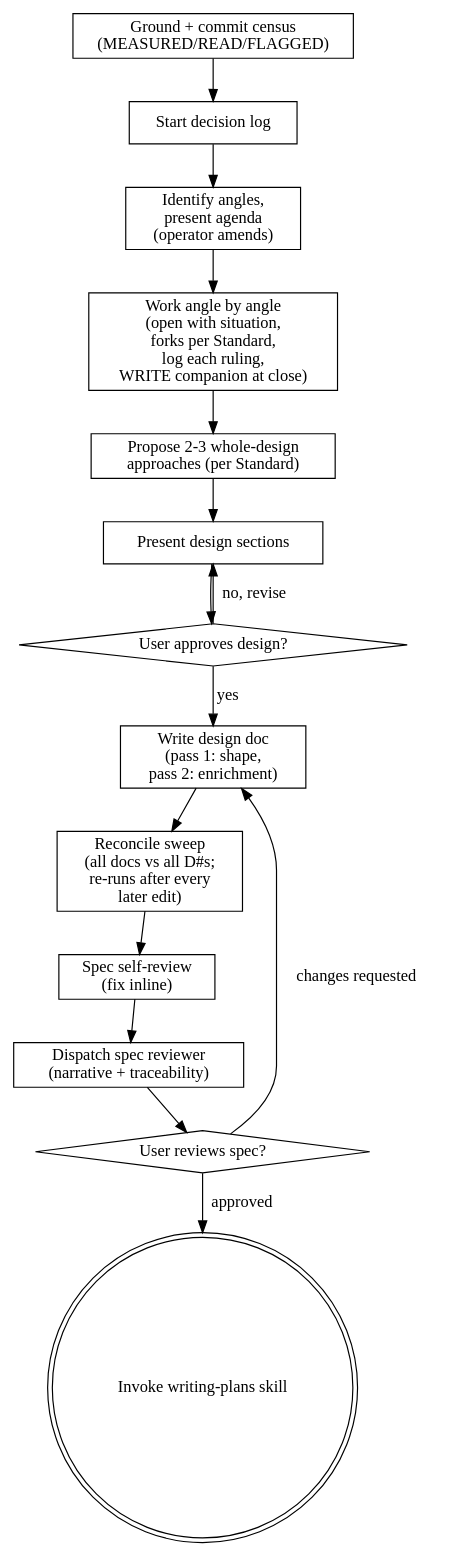
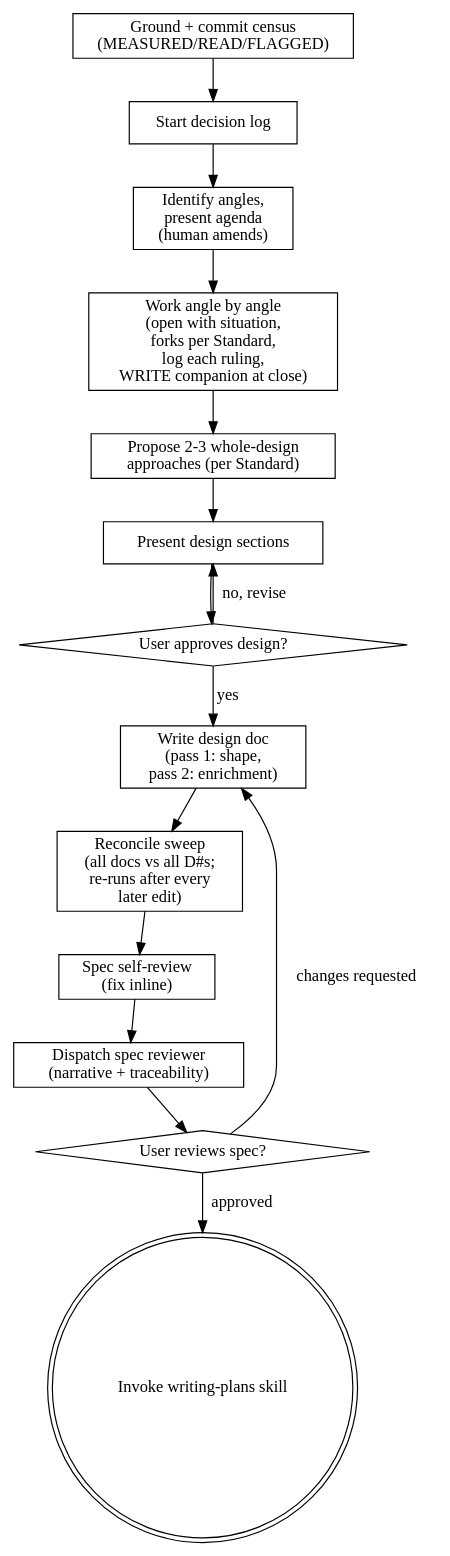
One commit to TadasValaitiz/superdev changed the diagram in skills/brainstorming/SKILL.md. Above: the diagram before and after it, drawn with Graphviz. The commit also changed other lines of this file and 30 other files, not shown here.

Commit message:
skills: align vocabulary with orchestrator/taxonomy.md (HIL-NEEDED, ROOM SESSION, role, SWEEP, RESIDUALS FILE, human vs operator, gates in capitals)

````diff
--- a/skills/brainstorming/SKILL.md
+++ b/skills/brainstorming/SKILL.md
@@ -145,32 +145,32 @@
 ```dot
 digraph brainstorming {
     "Ground + commit census\n(MEASURED/READ/FLAGGED)" [shape=box];
     "Start decision log" [shape=box];
-    "Identify angles,\npresent agenda\n(operator amends)" [shape=box];
+    "Identify angles,\npresent agenda\n(human amends)" [shape=box];
     "Work angle by angle\n(open with situation,\nforks per Standard,\nlog each ruling,\nWRITE companion at close)" [shape=box];
     "Propose 2-3 whole-design\napproaches (per Standard)" [shape=box];
     "Present design sections" [shape=box];
     "User approves design?" [shape=diamond];
     "Write design doc\n(pass 1: shape,\npass 2: enrichment)" [shape=box];
     "Reconcile sweep\n(all docs vs all D#s;\nre-runs after every\nlater edit)" [shape=box];
     "Spec self-review\n(fix inline)" [shape=box];
     "Dispatch spec reviewer\n(narrative + traceability)" [shape=box];
     "User reviews spec?" [shape=diamond];
     "Invoke writing-plans skill" [shape=doublecircle];
 
     "Ground + commit census\n(MEASURED/READ/FLAGGED)" -> "Start decision log";
-    "Start decision log" -> "Identify angles,\npresent agenda\n(operator amends)";
-    "Identify angles,\npresent agenda\n(operator amends)" -> "Work angle by angle\n(open with situation,\nforks per Standard,\nlog each ruling,\nWRITE companion at close)";
+    "Start decision log" -> "Identify angles,\npresent agenda\n(human amends)";
+    "Identify angles,\npresent agenda\n(human amends)" -> "Work angle by angle\n(open with situation,\nforks per Standard,\nlog each ruling,\nWRITE companion at close)";
     "Work angle by angle\n(open with situation,\nforks per Standard,\nlog each ruling,\nWRITE companion at close)" -> "Propose 2-3 whole-design\napproaches (per Standard)";
     "Propose 2-3 whole-design\napproaches (per Standard)" -> "Present design sections";
     "Present design sections" -> "User approves design?";
     "User approves design?" -> "Present design sections" [label="no, revise"];
     "User approves design?" -> "Write design doc\n(pass 1: shape,\npass 2: enrichment)" [label="yes"];
     "Write design doc\n(pass 1: shape,\npass 2: enrichment)" -> "Reconcile sweep\n(all docs vs all D#s;\nre-runs after every\nlater edit)";
     "Reconcile sweep\n(all docs vs all D#s;\nre-runs after every\nlater edit)" -> "Spec self-review\n(fix inline)";
     "Spec self-review\n(fix inline)" -> "Dispatch spec reviewer\n(narrative + traceability)";
     "Dispatch spec reviewer\n(narrative + traceability)" -> "User reviews spec?";
     "User reviews spec?" -> "Write design doc\n(pass 1: shape,\npass 2: enrichment)" [label="changes requested"];
     "User reviews spec?" -> "Invoke writing-plans skill" [label="approved"];
 }
 ```
````
